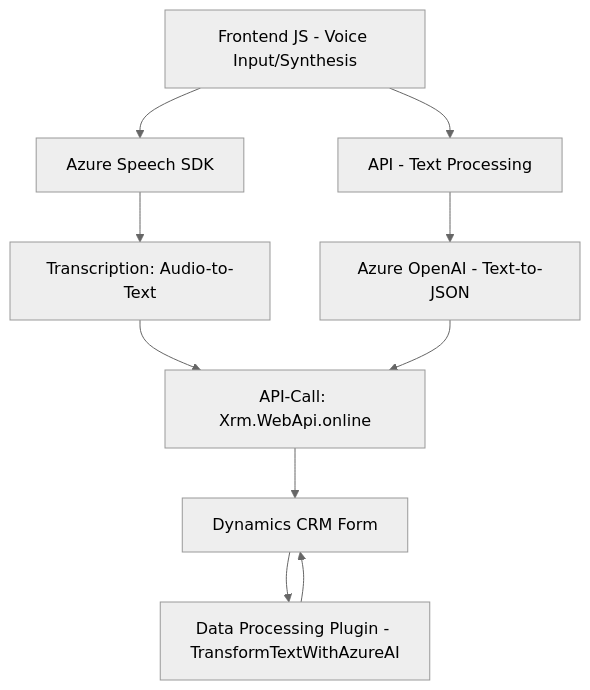
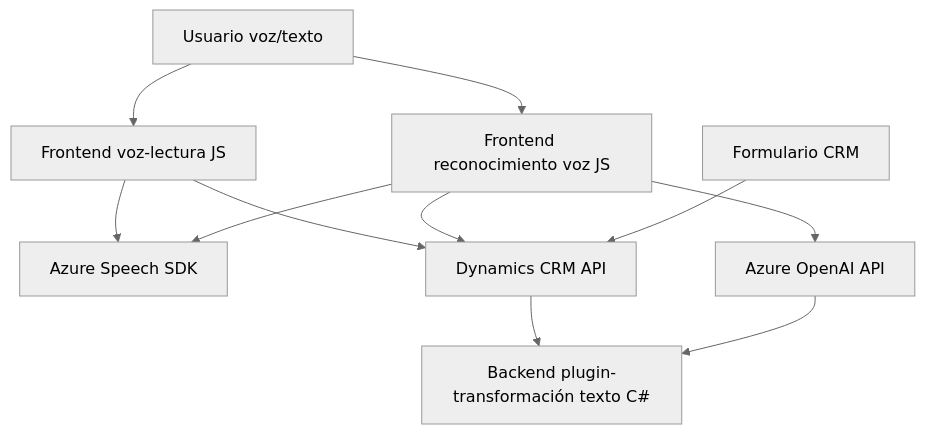
Before and after one commit to blopezdm/NETCORE_BILBAO2025: the diagram in README.md, drawn with Mermaid (neutral theme). The commit also changed other lines of this file, not shown here.

````diff
--- a/README.md
+++ b/README.md
@@ -50,12 +40,22 @@
 ```mermaid
 graph TD
-  A["Frontend JS - Voice Input/Synthesis"] --> B["Azure Speech SDK"]
-  A --> C["API - Text Processing"]
-  B --> D["Transcription: Audio-to-Text"]
-  C --> E["Azure OpenAI - Text-to-JSON"]
-  D --> F["API-Call: Xrm.WebApi.online"]
-  E --> F
-  F --> G["Dynamics CRM Form"]
-  G --> H["Data Processing Plugin - TransformTextWithAzureAI"]
-  H --> G
+    A["Frontend voz-lectura JS"]
+    B["Frontend reconocimiento voz JS"]
+    C["Backend plugin-transformación texto C#"]
+    D["Azure Speech SDK"]
+    E["Azure OpenAI API"]
+    F["Dynamics CRM API"]
+    G["Usuario voz/texto"]
+    H["Formulario CRM"]
+
+    G --> A
+    G --> B
+    A --> D
+    B --> D
+    B --> E
+    A --> F
+    B --> F
+    F --> C
+    E --> C
+    H --> F
 ```
````
